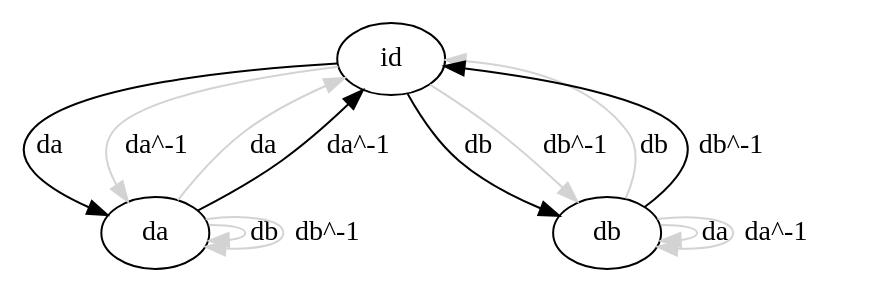
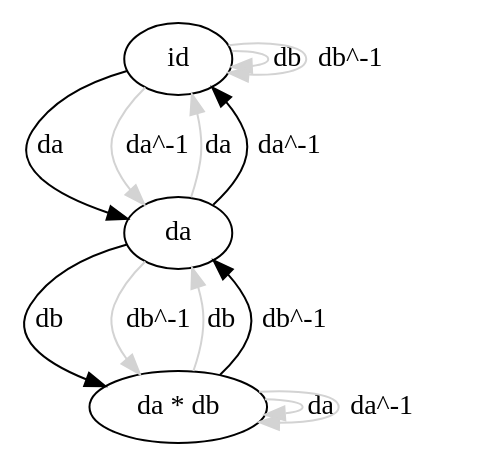
One commit to michaelmusty/DessinDraw changed the diagram in graphviz/3T2-[2,2,3]-21-21-3-g0.gv. Above: the diagram before and after it, drawn with Graphviz. The commit also changed 5 other files, not shown here.

```diff
--- a/graphviz/3T2-[2,2,3]-21-21-3-g0.gv
+++ b/graphviz/3T2-[2,2,3]-21-21-3-g0.gv
@@ -1,17 +1,17 @@
 digraph G {
 v_1 [ label = "id" ];
 v_2 [ label = "da" ];
-v_3 [ label = "db" ];
+v_3 [ label = "da * db" ];
+v_1 -> v_1 [ color=lightgray, label = "db" ];
+v_1 -> v_1 [ color=lightgray, label = "db^-1" ];
 v_1 -> v_2 [ label = "da" ];
 v_1 -> v_2 [ color=lightgray, label = "da^-1" ];
-v_1 -> v_3 [ label = "db" ];
-v_1 -> v_3 [ color=lightgray, label = "db^-1" ];
 v_2 -> v_1 [ color=lightgray, label = "da" ];
 v_2 -> v_1 [ label = "da^-1" ];
-v_2 -> v_2 [ color=lightgray, label = "db" ];
-v_2 -> v_2 [ color=lightgray, label = "db^-1" ];
-v_3 -> v_1 [ color=lightgray, label = "db" ];
-v_3 -> v_1 [ label = "db^-1" ];
+v_2 -> v_3 [ label = "db" ];
+v_2 -> v_3 [ color=lightgray, label = "db^-1" ];
+v_3 -> v_2 [ color=lightgray, label = "db" ];
+v_3 -> v_2 [ label = "db^-1" ];
 v_3 -> v_3 [ color=lightgray, label = "da" ];
 v_3 -> v_3 [ color=lightgray, label = "da^-1" ];
 }
```
